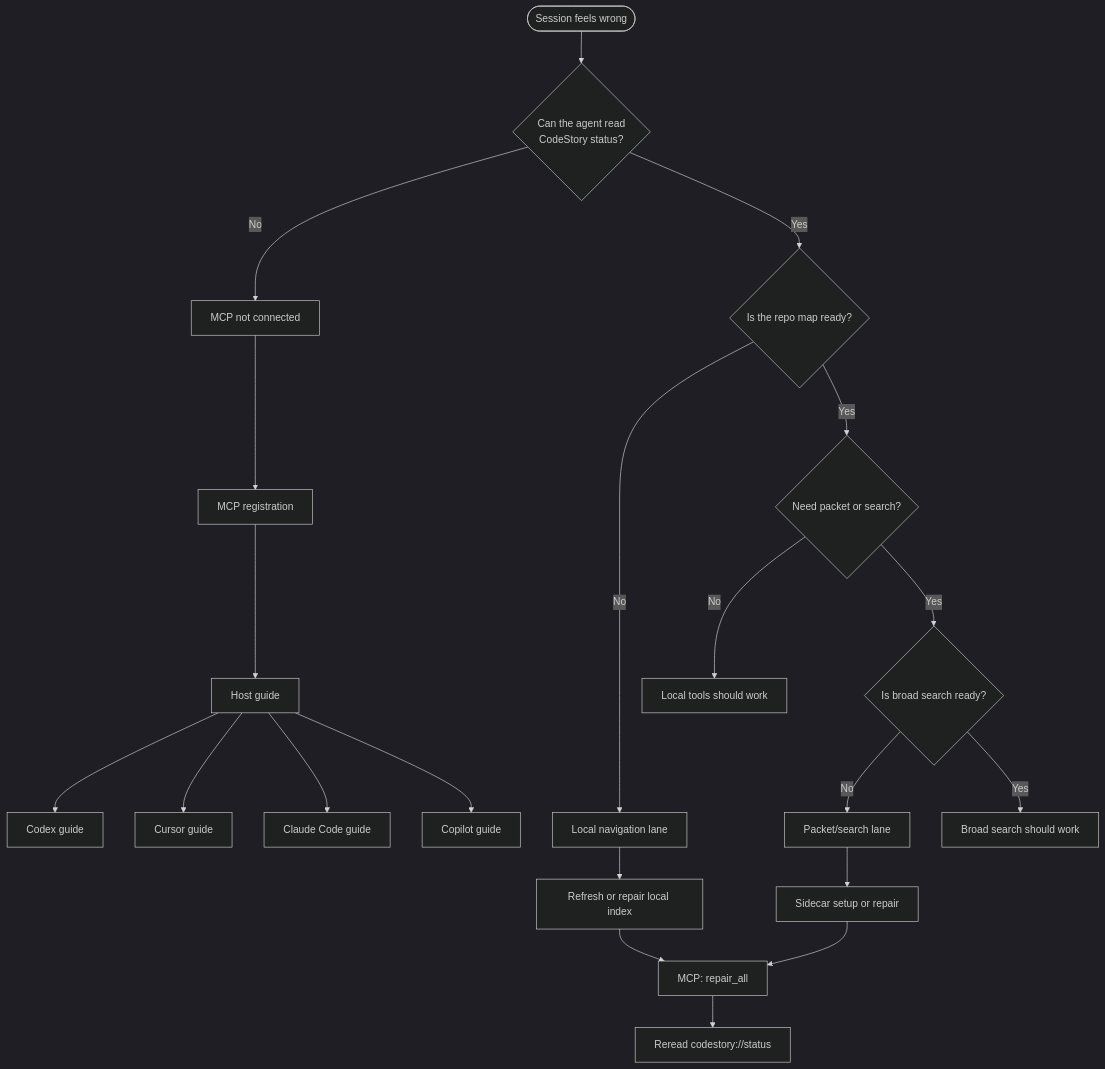
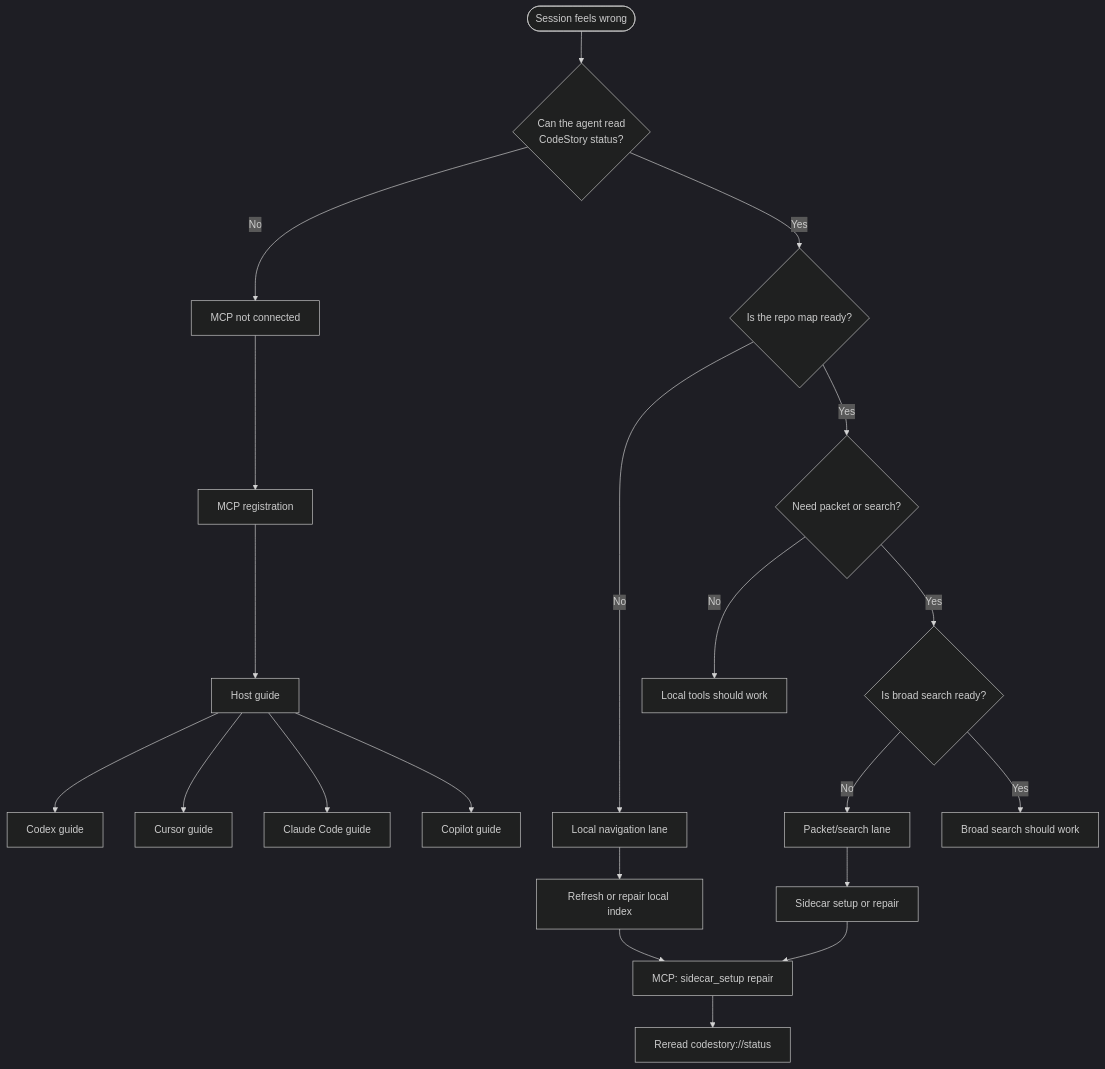
One commit to TheGreenCedar/CodeStory changed the diagram in docs/users/troubleshooting.md. Above: the diagram before and after it, drawn with Mermaid (dark theme). The commit also changed other lines of this file and 20 other files, not shown here.

````diff
--- a/docs/users/troubleshooting.md
+++ b/docs/users/troubleshooting.md
@@ -25,23 +25,23 @@
 ```mermaid
 flowchart TD
   start([Session feels wrong]) --> q1{Can the agent read<br/>CodeStory status?}
   q1 -->|No| mcp[MCP not connected]
   q1 -->|Yes| q2{Is the repo map ready?}
   q2 -->|No| local[Local navigation lane]
   q2 -->|Yes| q3{Need packet or search?}
   q3 -->|No| ok[Local tools should work]
   q3 -->|Yes| q4{Is broad search ready?}
   q4 -->|No| sidecar[Packet/search lane]
   q4 -->|Yes| ok2[Broad search should work]
   mcp --> fix_mcp[MCP registration]
   local --> fix_local[Refresh or repair local index]
   sidecar --> fix_sidecar[Sidecar setup or repair]
   fix_mcp --> host[Host guide]
-  fix_local --> mcp_repair["MCP: repair_all"]
+  fix_local --> mcp_repair["MCP: sidecar_setup repair"]
   fix_sidecar --> mcp_repair
   mcp_repair --> reread["Reread codestory://status"]
   host --> codex[Codex guide]
   host --> cursor[Cursor guide]
   host --> claude[Claude Code guide]
   host --> copilot[Copilot guide]
 ```
````
